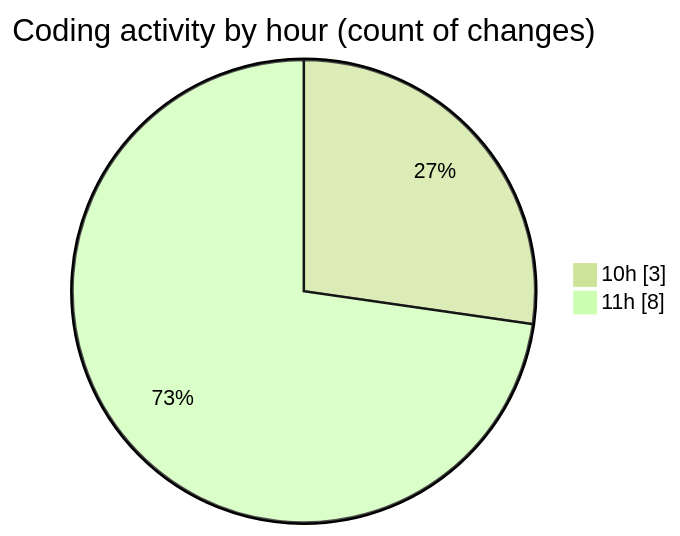
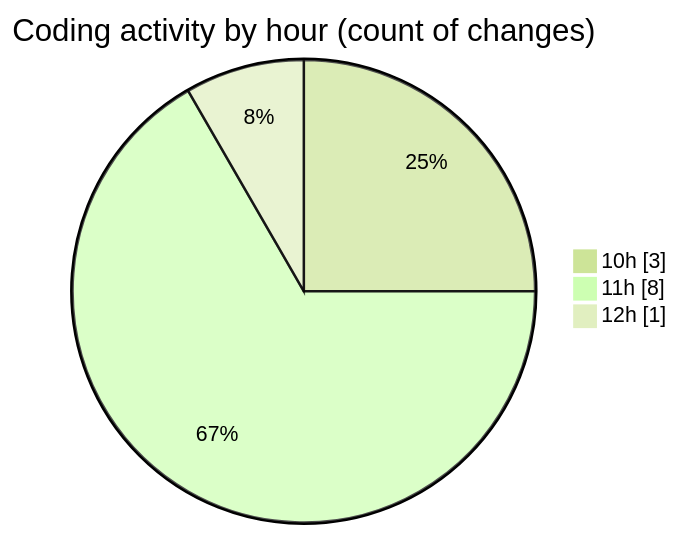
Before and after one commit to nxtqubesakshisongat/code-tracking: the second of 2 diagrams in 2025-11-07/nxtqube_webapp/README.md, drawn with Mermaid (forest theme). The commit also changed other lines of this file and 1 other file, not shown here.

````diff
--- a/2025-11-07/nxtqube_webapp/README.md
+++ b/2025-11-07/nxtqube_webapp/README.md
@@ -33,6 +34,7 @@
 ```mermaid
 pie showData
 title Coding activity by hour (count of changes)
 "10h" : 3
 "11h" : 8
+"12h" : 1
 ```
````
